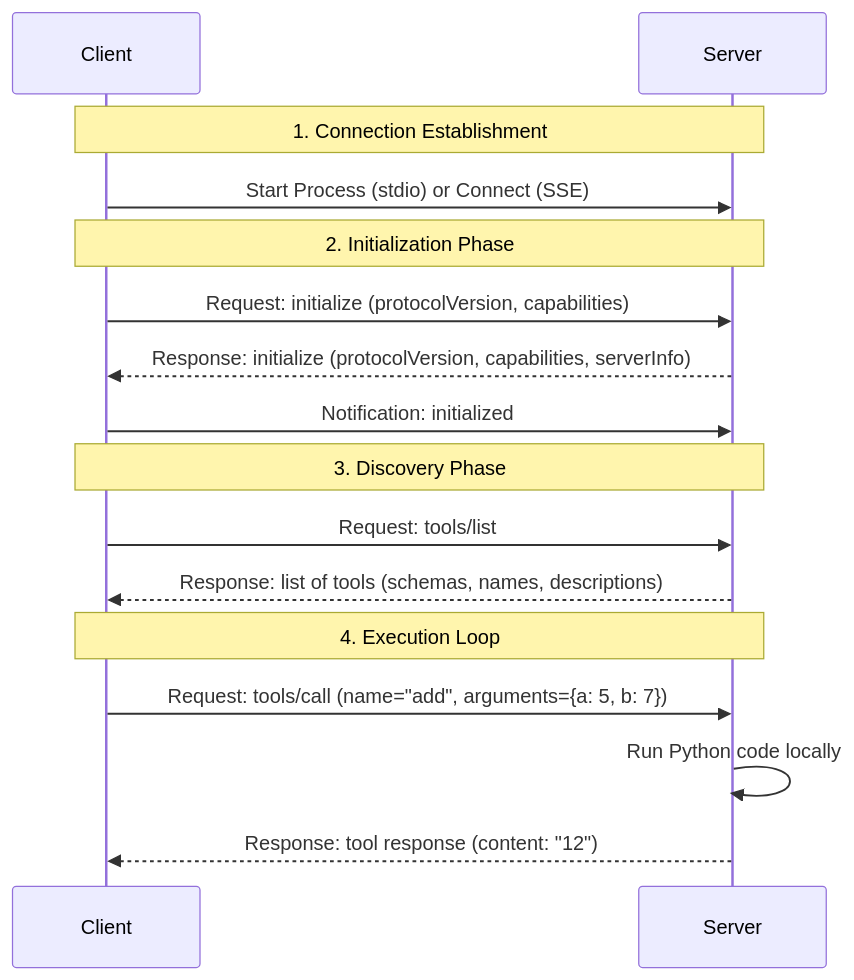
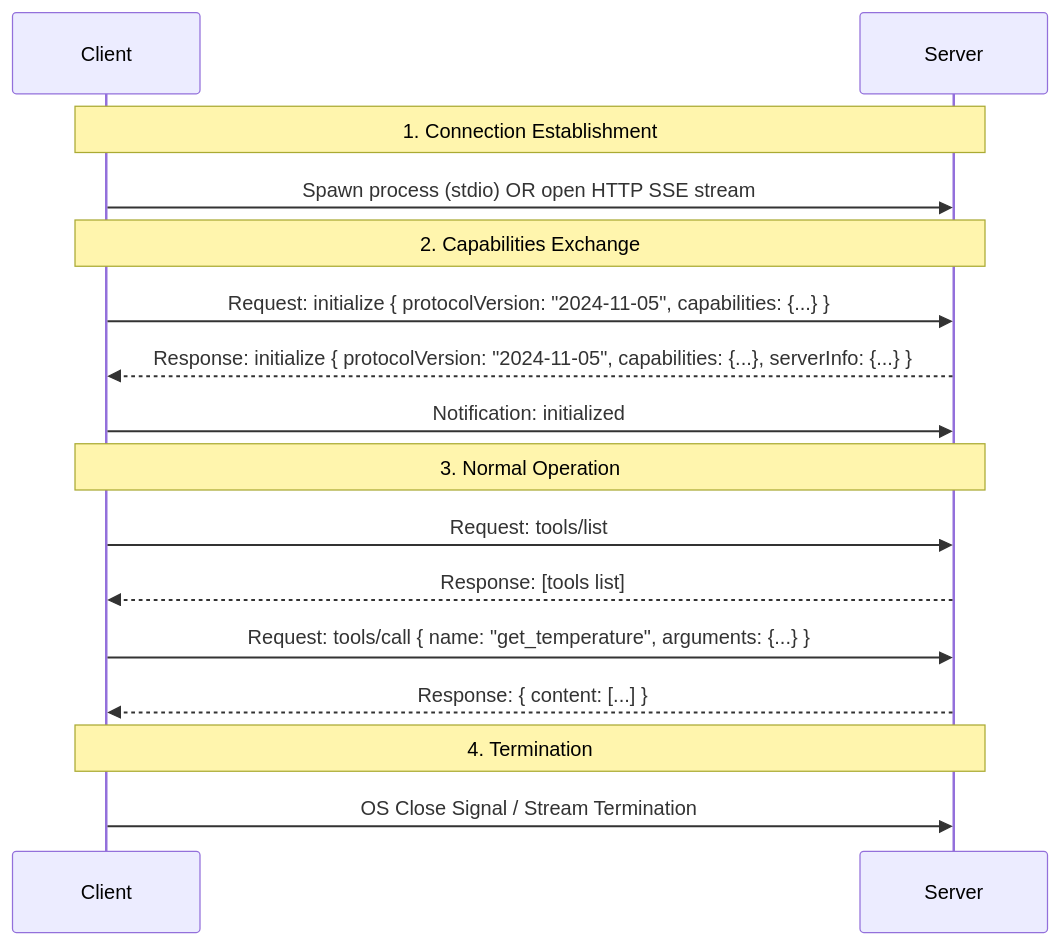
Before and after one commit to rajnishkumar1906/MCP: the second of 2 diagrams in README.md, drawn with Mermaid. The commit also changed other lines of this file, not shown here.

Commit message:
Docs: Complete MCP tutorial explaining stdio/SSE, lifecycle, and architectures in README

````diff
--- a/README.md
+++ b/README.md
@@ -162,22 +281,22 @@
 ```mermaid
 sequenceDiagram
     participant Client
     participant Server
 
     Note over Client, Server: 1. Connection Establishment
-    Client->>Server: Start Process (stdio) or Connect (SSE)
+    Client->>Server: Spawn process (stdio) OR open HTTP SSE stream
 
-    Note over Client, Server: 2. Initialization Phase
-    Client->>Server: Request: initialize (protocolVersion, capabilities)
-    Server-->>Client: Response: initialize (protocolVersion, capabilities, serverInfo)
+    Note over Client, Server: 2. Capabilities Exchange
+    Client->>Server: Request: initialize { protocolVersion: "2024-11-05", capabilities: {...} }
+    Server-->>Client: Response: initialize { protocolVersion: "2024-11-05", capabilities: {...}, serverInfo: {...} }
     Client->>Server: Notification: initialized
 
-    Note over Client, Server: 3. Discovery Phase
+    Note over Client, Server: 3. Normal Operation
     Client->>Server: Request: tools/list
-    Server-->>Client: Response: list of tools (schemas, names, descriptions)
+    Server-->>Client: Response: [tools list]
+    Client->>Server: Request: tools/call { name: "get_temperature", arguments: {...} }
+    Server-->>Client: Response: { content: [...] }
 
-    Note over Client, Server: 4. Execution Loop
-    Client->>Server: Request: tools/call (name="add", arguments={a: 5, b: 7})
-    Server->>Server: Run Python code locally
-    Server-->>Client: Response: tool response (content: "12")
+    Note over Client, Server: 4. Termination
+    Client->>Server: OS Close Signal / Stream Termination
 ```
````
